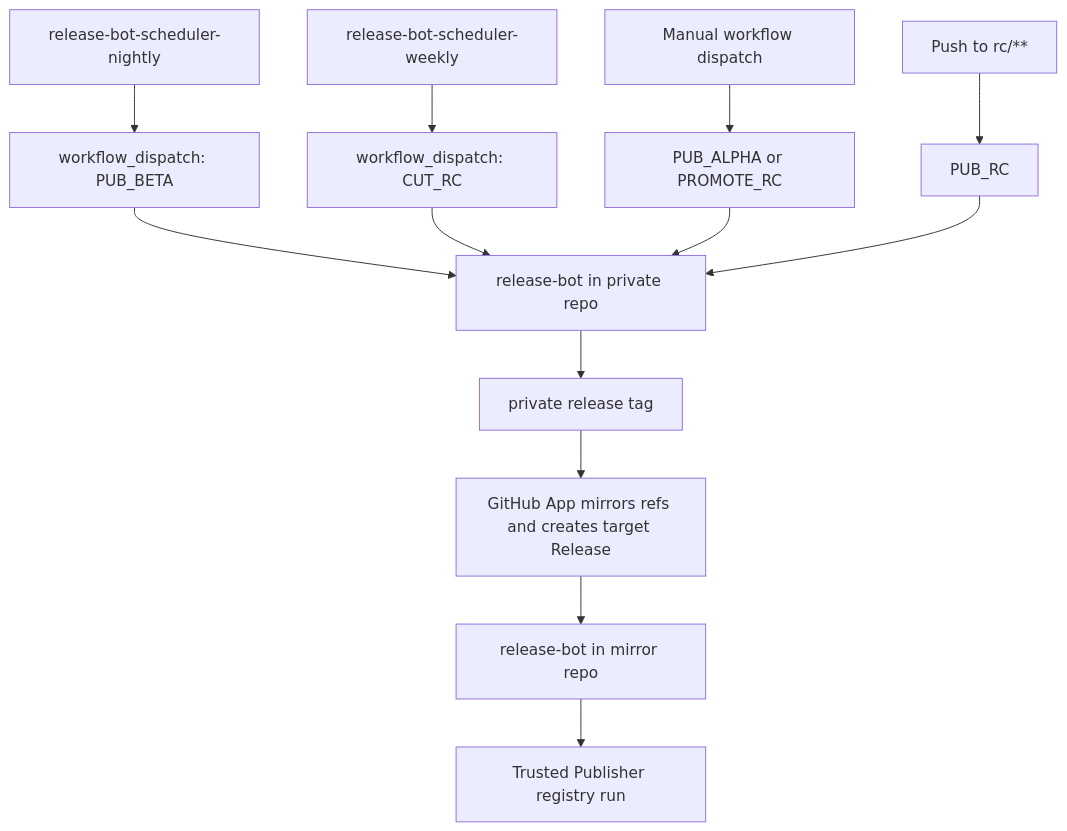
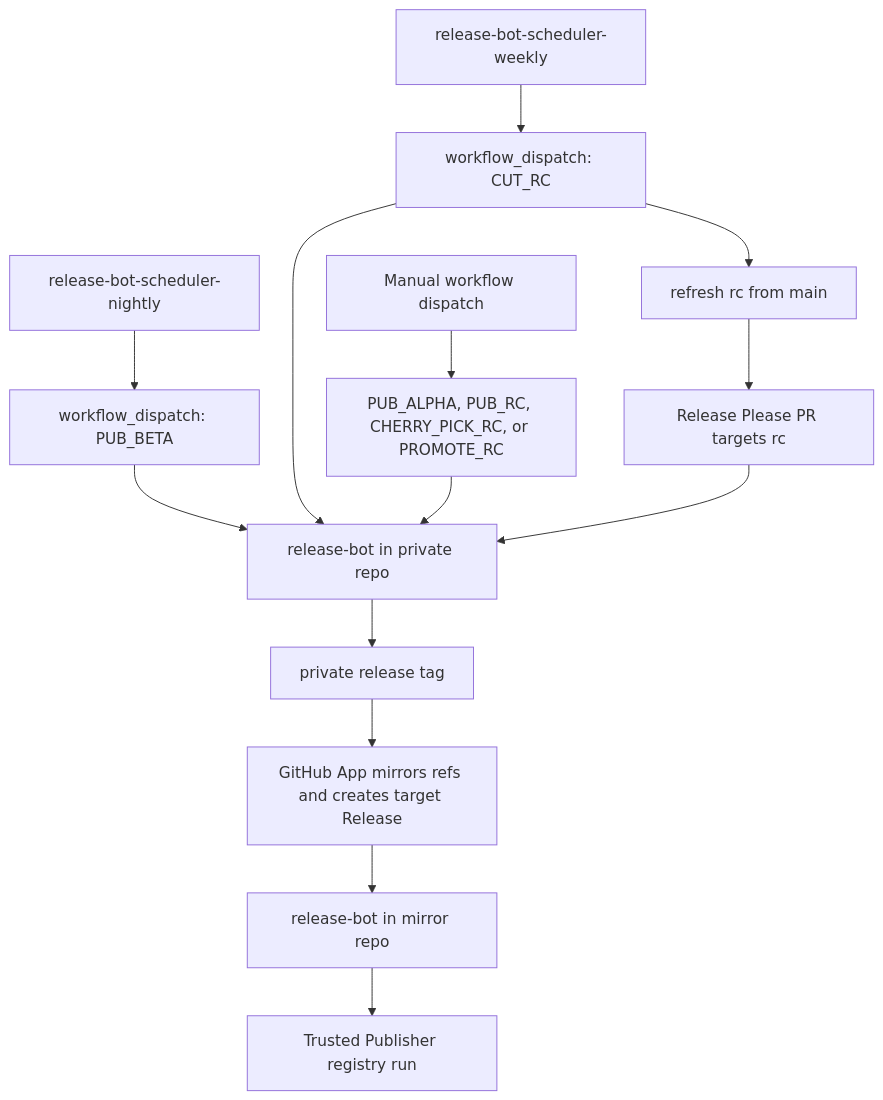
Before and after one commit to loomb-oai/test-public-repo: the diagram in README.md, drawn with Mermaid. The commit also changed other lines of this file and 2 other files, not shown here.

Commit message:
chore: use static rc release branch

````diff
--- a/README.md
+++ b/README.md
@@ -107,15 +107,16 @@
 ```mermaid
 flowchart TD
   A["release-bot-scheduler-nightly"] --> C["workflow_dispatch: PUB_BETA"]
   B["release-bot-scheduler-weekly"] --> D["workflow_dispatch: CUT_RC"]
-  E["Manual workflow dispatch"] --> F["PUB_ALPHA or PROMOTE_RC"]
-  G["Push to rc/**"] --> H["PUB_RC"]
+  E["Manual workflow dispatch"] --> F["PUB_ALPHA, PUB_RC, CHERRY_PICK_RC, or PROMOTE_RC"]
+  D --> G["refresh rc from main"]
+  G --> H["Release Please PR targets rc"]
   C --> I["release-bot in private repo"]
   D --> I
   F --> I
   H --> I
   I --> J["private release tag"]
   J --> K["GitHub App mirrors refs and creates target Release"]
   K --> L["release-bot in mirror repo"]
   L --> M["Trusted Publisher registry run"]
 ```
````
